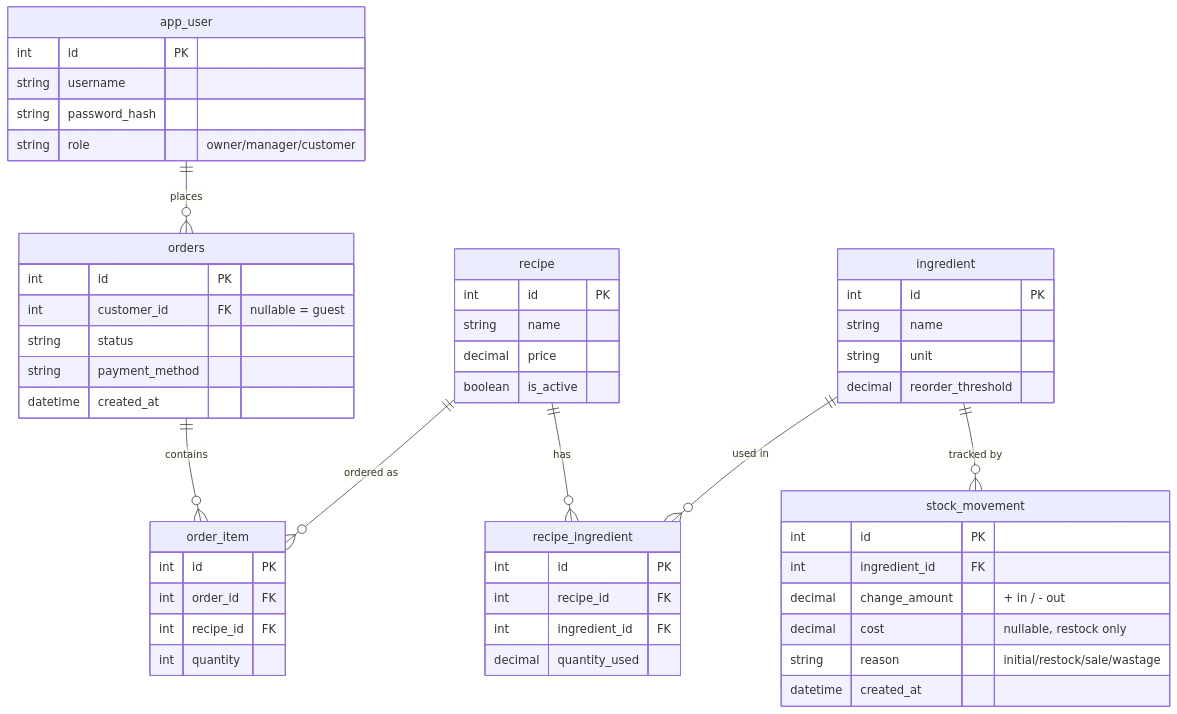
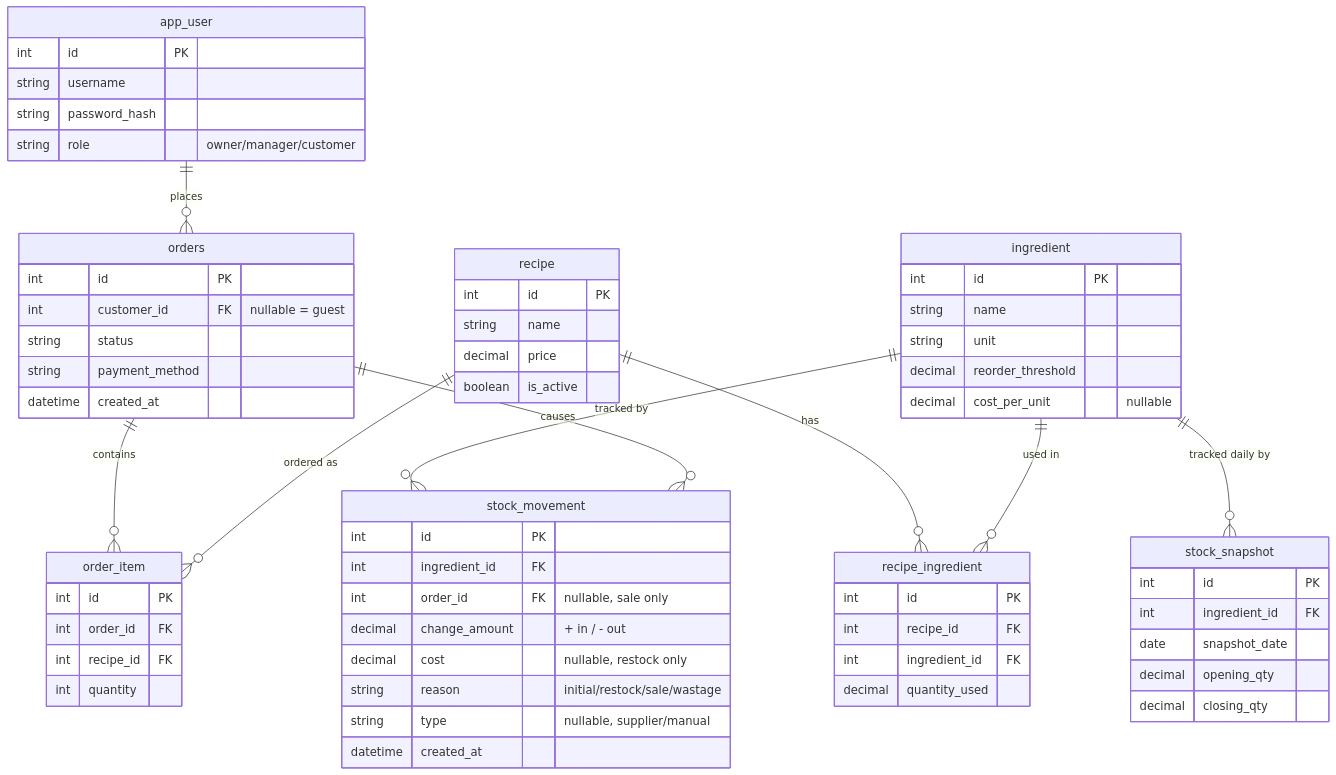
One commit to ljjiaa/bubble-tea-shop changed the diagram in docs/er-diagram.md. Above: the diagram before and after it, drawn with Mermaid. The commit also changed 1 other file, not shown here.

Commit message:
Add order_id/type to stock_movements, cost_per_unit to ingredients, stock_snapshots table

````diff
--- a/docs/er-diagram.md
+++ b/docs/er-diagram.md
@@ -1,54 +1,66 @@
 ```mermaid
 erDiagram
     ingredient {
         int id PK
         string name
         string unit
         decimal reorder_threshold
+        decimal cost_per_unit "nullable"
     }
     recipe {
         int id PK
         string name
         decimal price
         boolean is_active
     }
     recipe_ingredient {
         int id PK
         int recipe_id FK
         int ingredient_id FK
         decimal quantity_used
     }
     orders {
         int id PK
         int customer_id FK "nullable = guest"
         string status
         string payment_method
         datetime created_at
     }
     order_item {
         int id PK
         int order_id FK
         int recipe_id FK
         int quantity
     }
     stock_movement {
         int id PK
         int ingredient_id FK
+        int order_id FK "nullable, sale only"
         decimal change_amount "+ in / - out"
         decimal cost "nullable, restock only"
         string reason "initial/restock/sale/wastage"
+        string type "nullable, supplier/manual"
         datetime created_at
+    }
+    stock_snapshot {
+        int id PK
+        int ingredient_id FK
+        date snapshot_date
+        decimal opening_qty
+        decimal closing_qty
     }
     app_user {
         int id PK
         string username
         string password_hash
         string role "owner/manager/customer"
     }
     recipe ||--o{ recipe_ingredient : "has"
     ingredient ||--o{ recipe_ingredient : "used in"
     orders ||--o{ order_item : "contains"
     recipe ||--o{ order_item : "ordered as"
     ingredient ||--o{ stock_movement : "tracked by"
+    orders ||--o{ stock_movement : "causes"
+    ingredient ||--o{ stock_snapshot : "tracked daily by"
     app_user ||--o{ orders : "places"
 ```
````
